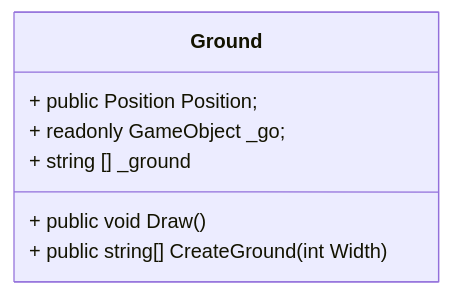
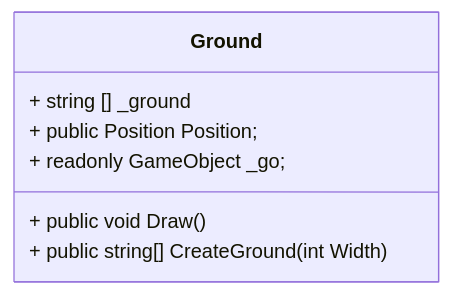
Before and after one commit to NexusWeave/MVP-FlappyBird-cs: the eighth of 9 diagrams in dokumentasjon/diagram/klasse-diagram.md, drawn with Mermaid. The commit also changed other lines of this file, not shown here.

Commit message:
Add Position property to Bird, Ground, and Pipe classes in klasse-diagram.md

````diff
--- a/dokumentasjon/diagram/klasse-diagram.md
+++ b/dokumentasjon/diagram/klasse-diagram.md
@@ -117,13 +118,14 @@
 ```mermaid
     classDiagram
         direction TD
         class Ground {
+            + string [] _ground
             + public Position Position;
             + readonly GameObject _go;
 
-            + string [] _ground
-    
+            
+
             + public void Draw()
             + public string[] CreateGround(int Width)
         }
 ```
````
